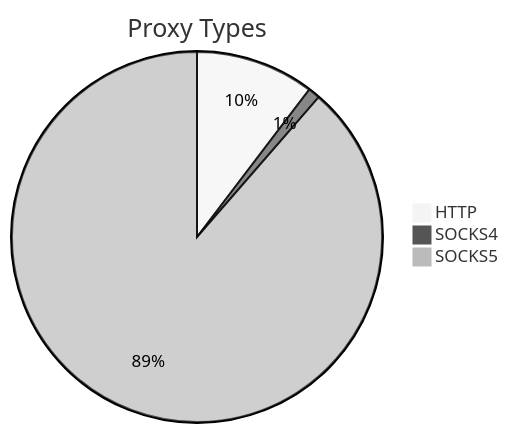
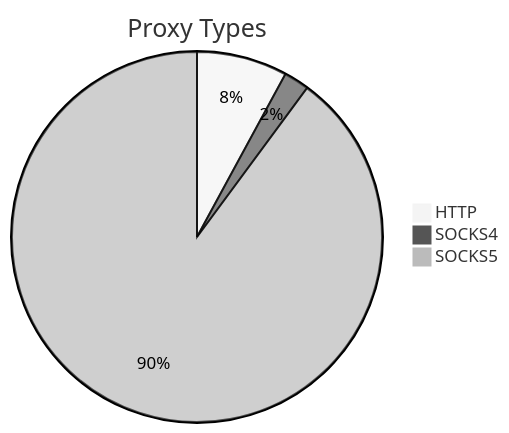
One commit to stormsia/proxy-list changed the first of 2 diagrams in README.md. Above: the diagram before and after it, drawn with Mermaid (neutral theme). The commit also changed other lines of this file, not shown here.

````diff
--- a/README.md
+++ b/README.md
@@ -21,6 +21,6 @@
 ```mermaid
 pie title Proxy Types
-    "HTTP" : 179
-    "SOCKS4" : 18
-    "SOCKS5" : 1532
+    "HTTP" : 272
+    "SOCKS4" : 76
+    "SOCKS5" : 3089
 ```
````
